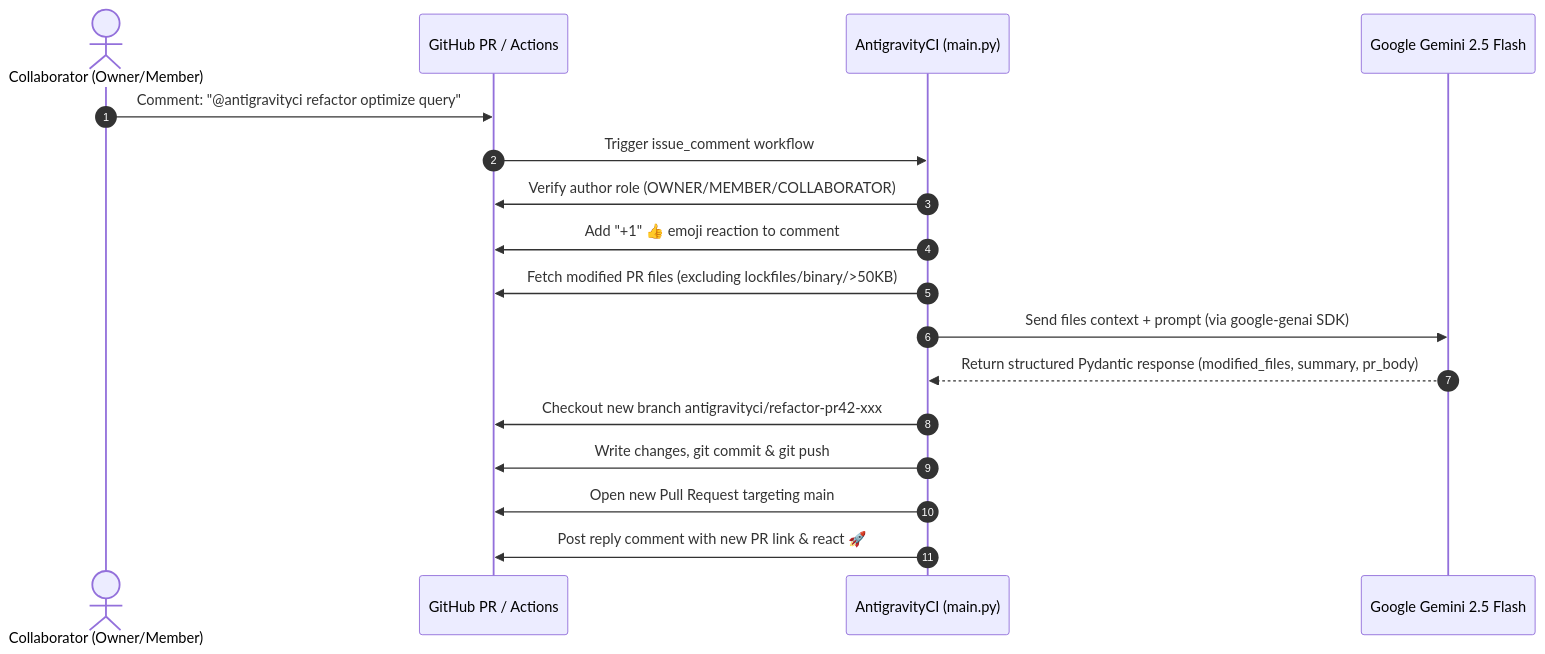
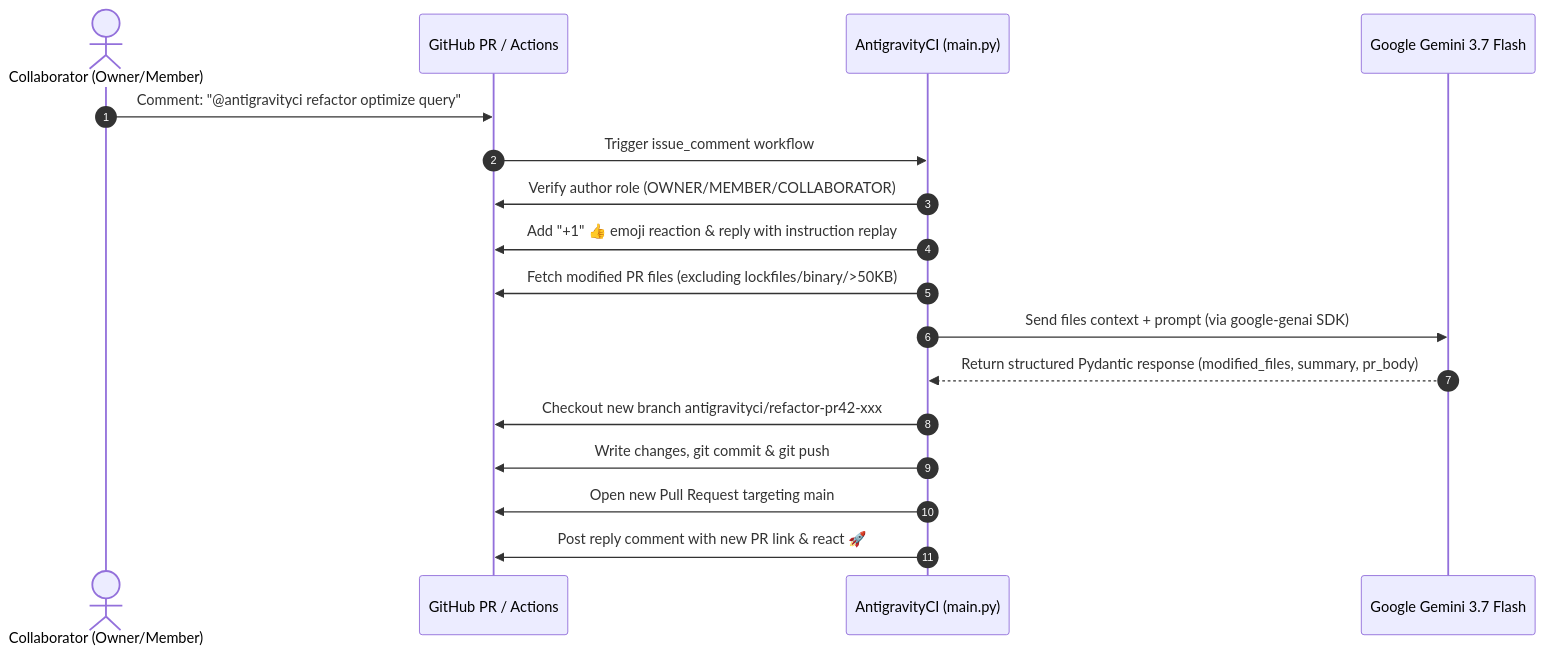
The diagram in README.md (nivinvysakh/AntigravityCi), drawn with Mermaid before and after one commit. The commit also changed other lines of this file and 3 other files, not shown here.

Commit message:
feat: configure default model to gemini-3.7-flash and add ack replay message

````diff
--- a/README.md
+++ b/README.md
@@ -118,20 +118,20 @@
 ```mermaid
 sequenceDiagram
     autonumber
     actor Collaborator as Collaborator (Owner/Member)
     participant GH as GitHub PR / Actions
     participant Action as AntigravityCI (main.py)
-    participant Gemini as Google Gemini 2.5 Flash
+    participant Gemini as Google Gemini 3.7 Flash
 
     Collaborator->>GH: Comment: "@antigravityci refactor optimize query"
     GH->>Action: Trigger issue_comment workflow
     Action->>GH: Verify author role (OWNER/MEMBER/COLLABORATOR)
-    Action->>GH: Add "+1" 👍 emoji reaction to comment
+    Action->>GH: Add "+1" 👍 emoji reaction & reply with instruction replay
     Action->>GH: Fetch modified PR files (excluding lockfiles/binary/>50KB)
     Action->>Gemini: Send files context + prompt (via google-genai SDK)
     Gemini-->>Action: Return structured Pydantic response (modified_files, summary, pr_body)
     Action->>GH: Checkout new branch antigravityci/refactor-pr42-xxx
     Action->>GH: Write changes, git commit & git push
     Action->>GH: Open new Pull Request targeting main
     Action->>GH: Post reply comment with new PR link & react 🚀
 ```
````
